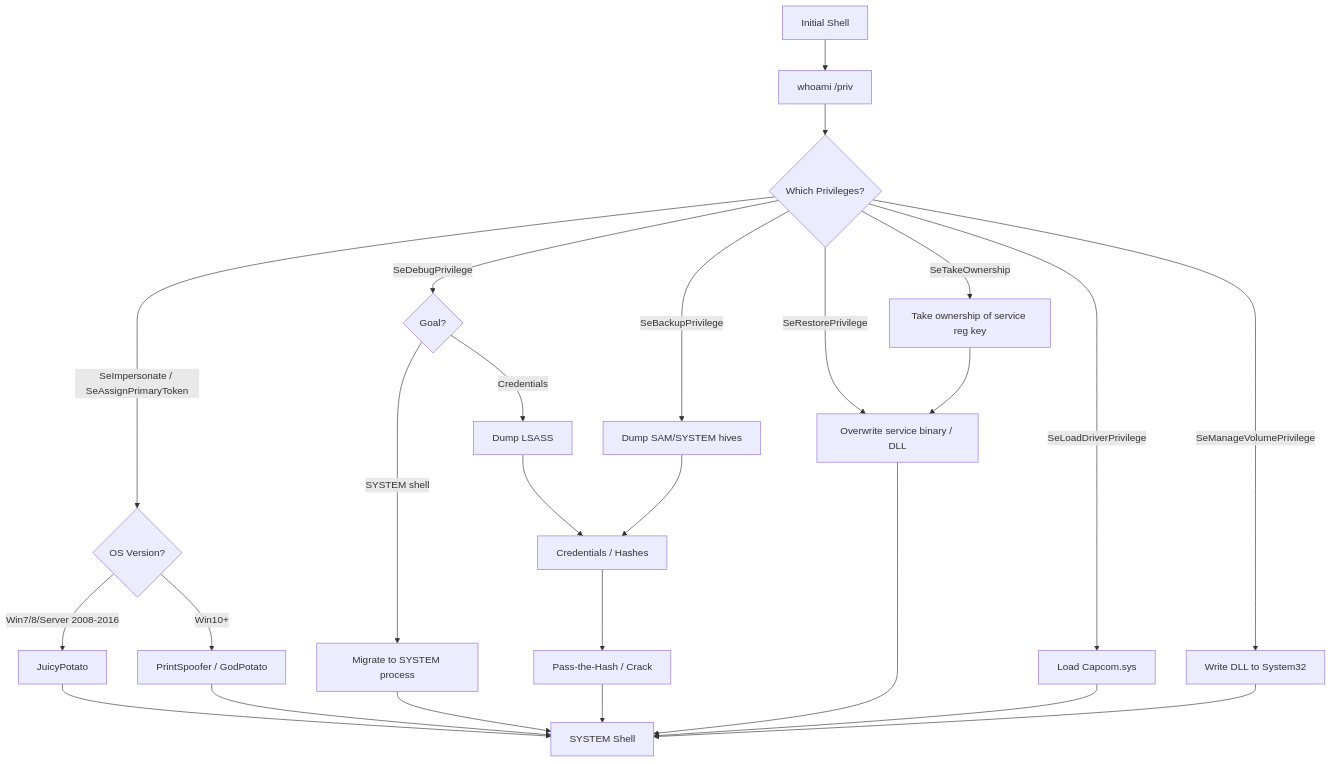
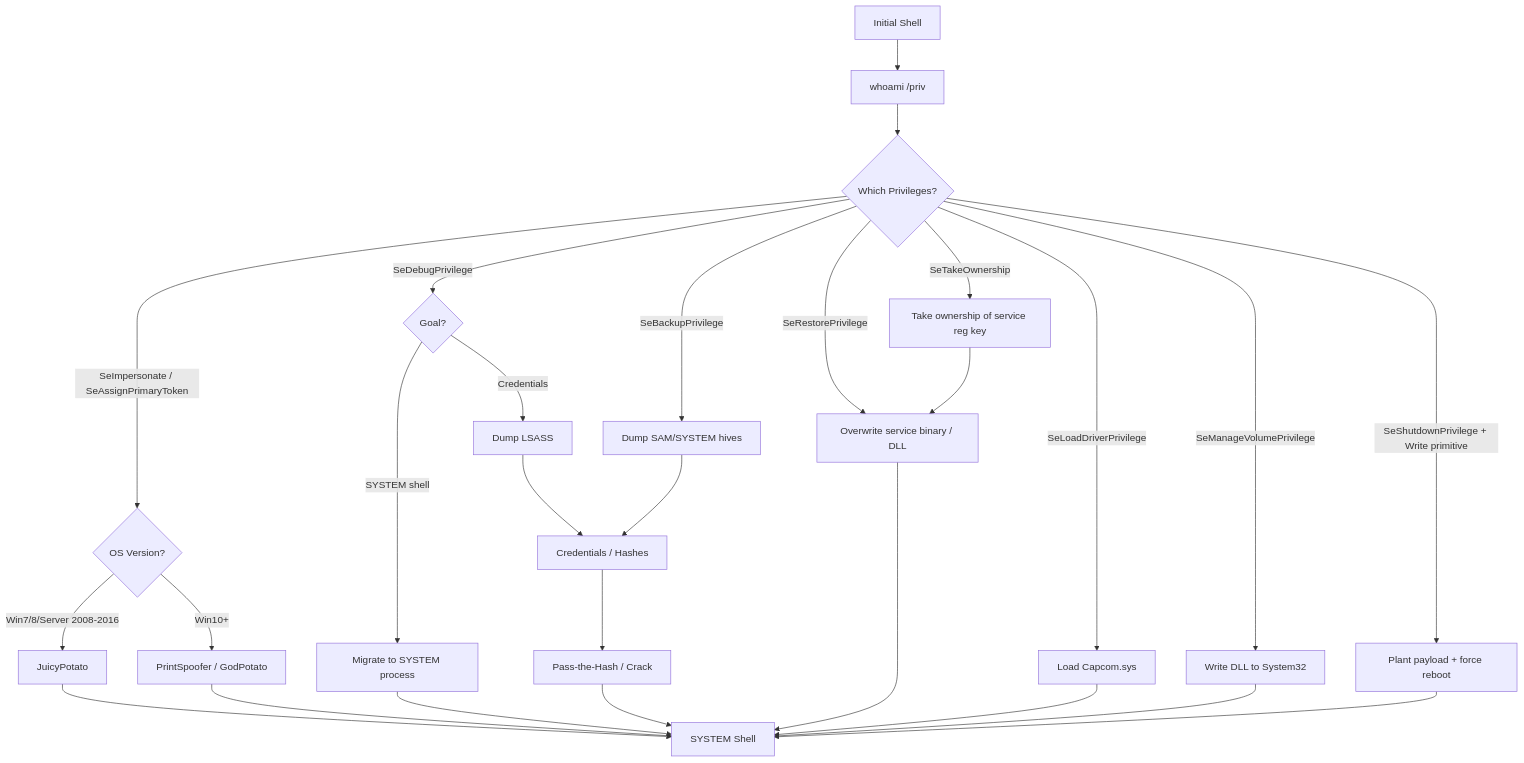
One commit to morimori-dev/morimori-dev.github.io changed the second of 2 diagrams in _posts/2026-03-11-tech-windows-token-privilege-escalation.md. Above: the diagram before and after it, drawn with Mermaid. The commit also changed other lines of this file and 1 other file, not shown here.

First line of the commit message:
Expand SeShutdownPrivilege section with combination attack patterns

````diff
--- a/_posts/2026-03-11-tech-windows-token-privilege-escalation.md
+++ b/_posts/2026-03-11-tech-windows-token-privilege-escalation.md
@@ -547,35 +644,38 @@
 ```mermaid
 flowchart TD
     A["Initial Shell"] --> B["whoami /priv"]
     B --> C{Which Privileges?}
 
     C -->|SeImpersonate / SeAssignPrimaryToken| D{OS Version?}
     D -->|"Win7/8/Server 2008-2016"| D1[JuicyPotato]
     D -->|"Win10+"| D2["PrintSpoofer / GodPotato"]
     D1 --> SYSTEM[SYSTEM Shell]
     D2 --> SYSTEM
 
     C -->|SeDebugPrivilege| E{Goal?}
     E -->|SYSTEM shell| E1["Migrate to SYSTEM process"]
     E -->|Credentials| E2["Dump LSASS"]
     E1 --> SYSTEM
     E2 --> CREDS["Credentials / Hashes"]
 
     C -->|SeBackupPrivilege| F["Dump SAM/SYSTEM hives"]
     F --> CREDS
 
     C -->|SeRestorePrivilege| G["Overwrite service binary / DLL"]
     G --> SYSTEM
 
     C -->|SeTakeOwnership| H["Take ownership of service reg key"]
     H --> G
 
     C -->|SeLoadDriverPrivilege| I["Load Capcom.sys"]
     I --> SYSTEM
 
     C -->|SeManageVolumePrivilege| J["Write DLL to System32"]
     J --> SYSTEM
 
+    C -->|"SeShutdownPrivilege + Write primitive"| L["Plant payload + force reboot"]
+    L --> SYSTEM
+
     CREDS --> K["Pass-the-Hash / Crack"]
     K --> SYSTEM
 ```
````
